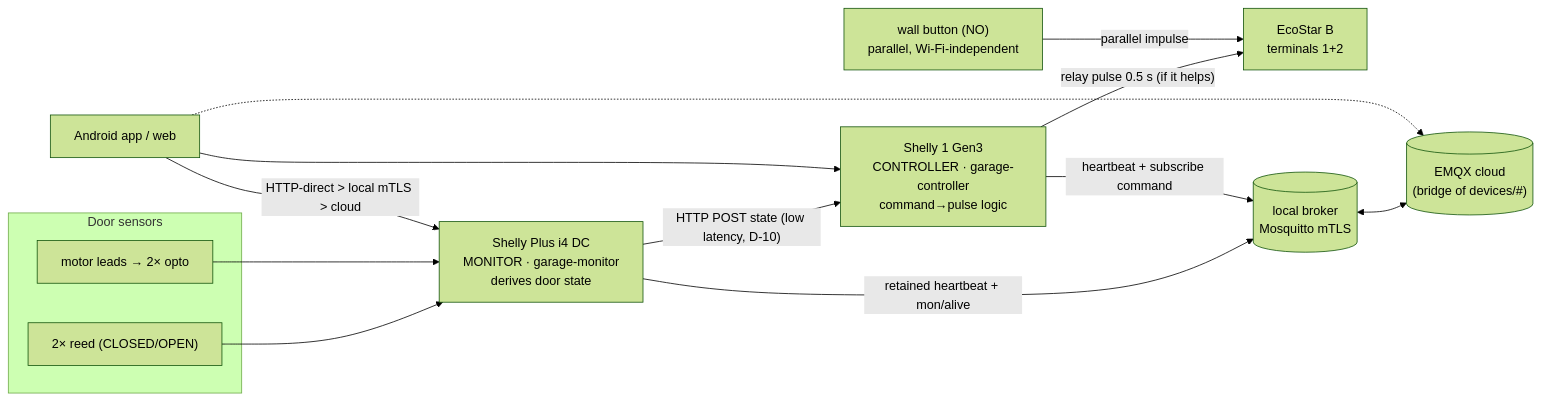
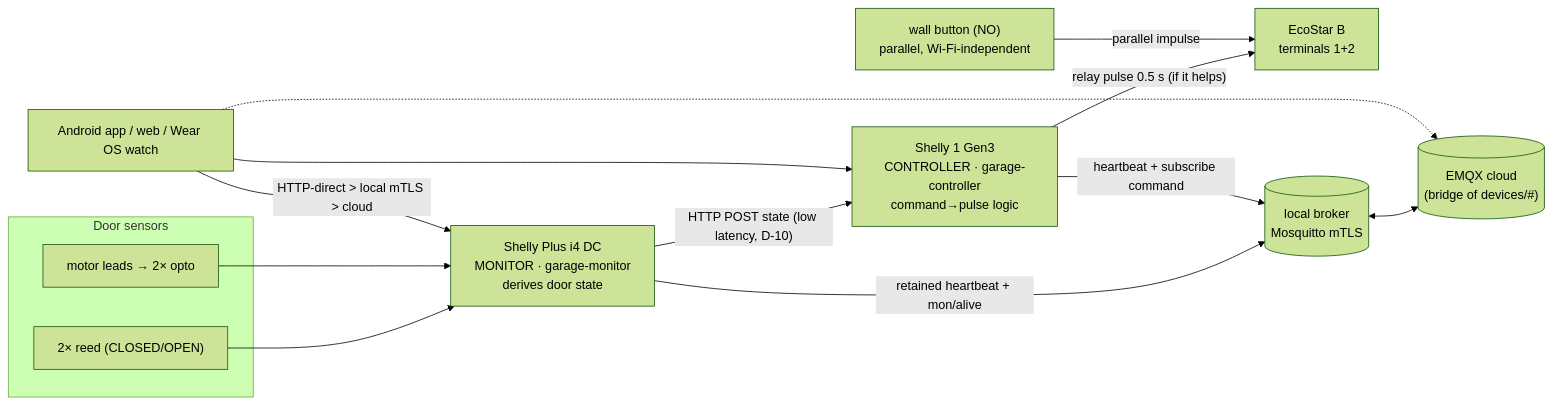
The diagram in docs/ARCHITECTURE.md (Laffs2k5/shelly-ecostar-garage-opener), drawn with Mermaid (forest theme) before and after one commit. The commit also changed other lines of this file and 20 other files, not shown here.

Commit message:
docs: refresh — counts (60/15/41), Wear OS, app v2/Q-16 done, door_sim, dead links

````diff
--- a/docs/ARCHITECTURE.md
+++ b/docs/ARCHITECTURE.md
@@ -16,26 +16,26 @@
 ```mermaid
 graph LR
     subgraph sensors["Door sensors"]
         REED["2× reed (CLOSED/OPEN)"]
         MOT["motor leads → 2× opto"]
     end
     I4["Shelly Plus i4 DC<br/>MONITOR · garage-monitor<br/>derives door state"]
     S1["Shelly 1 Gen3<br/>CONTROLLER · garage-controller<br/>command→pulse logic"]
     ECO["EcoStar B<br/>terminals 1+2"]
     BTN["wall button (NO)<br/>parallel, Wi-Fi-independent"]
     BR[("local broker<br/>Mosquitto mTLS")]
     CLOUD[("EMQX cloud<br/>(bridge of devices/#)")]
-    APP["Android app / web"]
+    APP["Android app / web / Wear OS watch"]
 
     REED --> I4
     MOT --> I4
     I4 -- "HTTP POST state (low latency, D-10)" --> S1
     I4 -- "retained heartbeat + mon/alive" --> BR
     S1 -- "heartbeat + subscribe command" --> BR
     S1 -- "relay pulse 0.5 s (if it helps)" --> ECO
     BTN -- "parallel impulse" --> ECO
     BR <--> CLOUD
     APP -- "HTTP-direct > local mTLS > cloud" --> I4
     APP --> S1
     APP -.-> CLOUD
 ```
````
